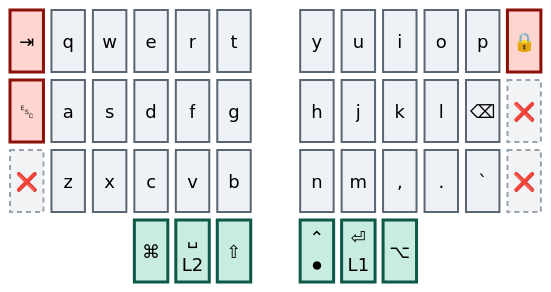
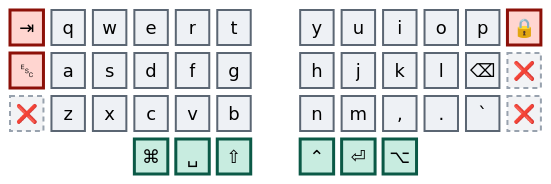
The first of 6 diagrams in README.md (abloch/zmk-corne), drawn with Mermaid before and after one commit. The commit also changed other lines of this file, not shown here.

Commit message:
Flatten the layer 0 thumb labels
The thumb row carried its layer-tap and record annotations on a second line.
mermaid's block diagram sizes every cell to the tallest one, so those three
two-line keys made all four rows of the keyboard render tall, with the letter
rows padded out for no reason.

The thumbs now show their tap glyph alone and the diagram is uniform. Nothing
is lost: the hold and double-tap behaviour was already spelled out in the
thumb table immediately below, which the surrounding text now points at.

This also makes the layer 0 diagram consistent with the other five and with
every diagram in combos.md, none of which use a line break.

````diff
--- a/README.md
+++ b/README.md
@@ -37,20 +37,20 @@
 ```mermaid
 %%{init: {'theme':'base','themeVariables':{'primaryColor':'#eef1f5','primaryTextColor':'#0b0f14','primaryBorderColor':'#5b6673','nodeTextColor':'#0b0f14','textColor':'#0b0f14','mainBkg':'#eef1f5','fontSize':'18px'}}}%%
 block
 columns 13
 
   tab["⇥"] q w e r t space y u i o p lock["🔒"]
   esc["␛"] a s d f g space h j k l bspc["⌫"] x1["❌"]
   x2["❌"] z x c v b space n m cma[","] dot["."] grv[" `"] x3["❌"]
-  space:3 cmd["⌘"] spc["␣<br/>L2"] sft["⇧"] space ctl["⌃<br/>⏺"] ent["⏎<br/>L1"] alt["⌥"] space:3
+  space:3 cmd["⌘"] spc["␣"] sft["⇧"] space ctl["⌃"] ent["⏎"] alt["⌥"] space:3
 
   classDef core fill:#eef1f5,stroke:#5b6673,stroke-width:2px,color:#0b0f14
   classDef thumb fill:#c8ece0,stroke:#0b5946,stroke-width:3px,color:#06241c
   classDef doomed fill:#ffd5d0,stroke:#8c1008,stroke-width:3px,color:#3d0603
   classDef dead fill:#f2f3f5,stroke:#98a2ae,stroke-width:2px,stroke-dasharray:5 4,color:#5b6673
 
   class q,w,e,r,t,a,s,d,f,g,z,x,c,v,b,y,u,i,o,p,h,j,k,l,bspc,n,m,cma,dot,grv core
   class cmd,spc,sft,ctl,ent,alt thumb
   class tab,esc,lock doomed
   class x1,x2,x3 dead
 ```
````
